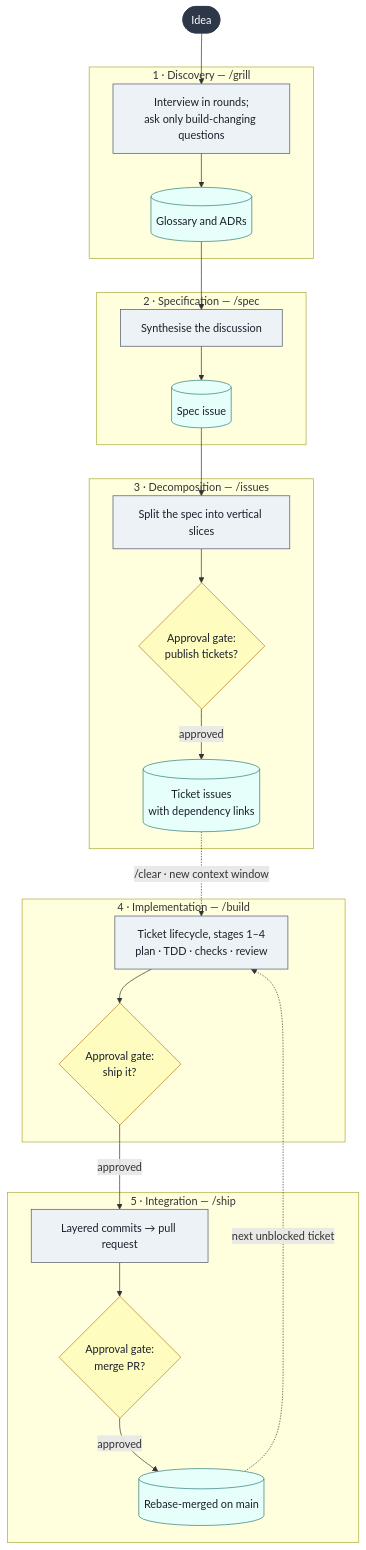
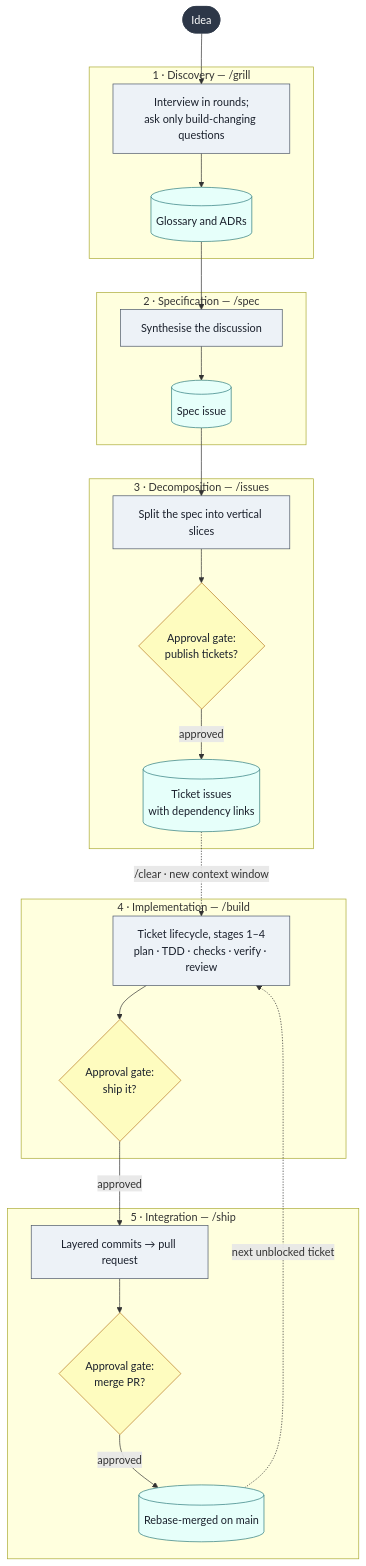
The first of 3 diagrams in README.md (jl-tavera/dotagents), drawn with Mermaid before and after one commit. The commit also changed other lines of this file and 3 other files, not shown here.

First line of the commit message:
Run /verify in every /build, between the checks and /review

````diff
--- a/README.md
+++ b/README.md
@@ -51,48 +51,48 @@
 ```mermaid
 flowchart TD
     classDef terminal fill:#2d3748,stroke:#2d3748,color:#ffffff
     classDef step fill:#edf2f7,stroke:#4a5568,color:#1a202c
     classDef gate fill:#fefcbf,stroke:#b7791f,color:#1a202c
     classDef artifact fill:#e6fffa,stroke:#2c7a7b,color:#1a202c
 
     IN(["Idea"]):::terminal
 
     subgraph S1["1 · Discovery — /grill"]
         S1a["Interview in rounds;<br/>ask only build-changing questions"]:::step
         S1b[("Glossary and ADRs")]:::artifact
         S1a --> S1b
     end
 
     subgraph S2["2 · Specification — /spec"]
         S2a["Synthesise the discussion"]:::step
         S2b[("Spec issue")]:::artifact
         S2a --> S2b
     end
 
     subgraph S3["3 · Decomposition — /issues"]
         S3a["Split the spec into vertical slices"]:::step
         S3g{"Approval gate:<br/>publish tickets?"}:::gate
         S3b[("Ticket issues<br/>with dependency links")]:::artifact
         S3a --> S3g -->|approved| S3b
     end
 
     subgraph S4["4 · Implementation — /build"]
-        S4a["Ticket lifecycle, stages 1–4<br/>plan · TDD · checks · review"]:::step
+        S4a["Ticket lifecycle, stages 1–4<br/>plan · TDD · checks · verify · review"]:::step
         S4g{"Approval gate:<br/>ship it?"}:::gate
         S4a --> S4g
     end
 
     subgraph S5["5 · Integration — /ship"]
         S5a["Layered commits → pull request"]:::step
         S5g{"Approval gate:<br/>merge PR?"}:::gate
         S5b[("Rebase-merged on main")]:::artifact
         S5a --> S5g -->|approved| S5b
     end
 
     IN --> S1a
     S1b --> S2a
     S2b --> S3a
     S3b -.->|"/clear · new context window"| S4a
     S4g -->|approved| S5a
     S5b -.->|"next unblocked ticket"| S4a
 ```
````
